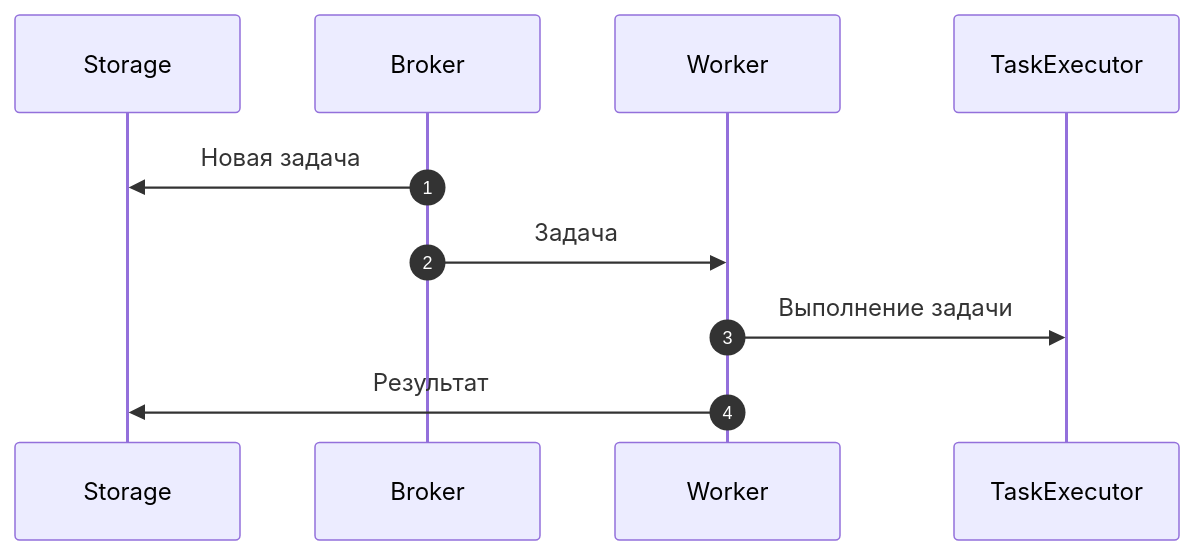
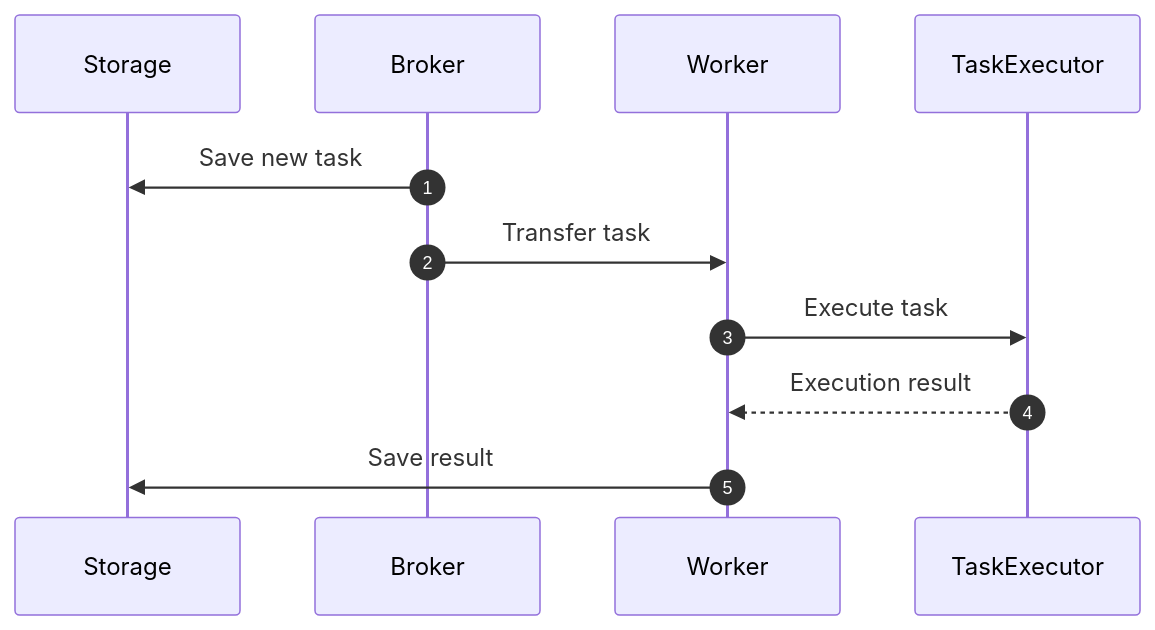
The second of 4 diagrams in docs/en/schemas.md (txello/qtasks), drawn with Mermaid before and after one commit. The commit also changed other lines of this file and 49 other files, not shown here.

First line of the commit message:
feat(docs): Add comprehensive documentation for QTasks architecture and features

````diff
--- a/docs/en/schemas.md
+++ b/docs/en/schemas.md
@@ -29,12 +38,14 @@
-``` mermaid
+```mermaid
 sequenceDiagram
   autonumber
-  Participant Storage
-  Participant Broker
-  Participant Worker
-  Participant TaskExecutor
-  Broker->>Storage: Новая задача
-  Broker->>Worker: Задача
-  Worker->>TaskExecutor: Выполнение задачи
-  Worker->>Storage: Результат
+  participant Storage
+  participant Broker
+  participant Worker
+  participant TaskExecutor
+
+  Broker->>Storage: Save new task
+  Broker->>Worker: Transfer task
+  Worker->>TaskExecutor: Execute task
+  TaskExecutor-->>Worker: Execution result
+  Worker->>Storage: Save result
 ```
````
